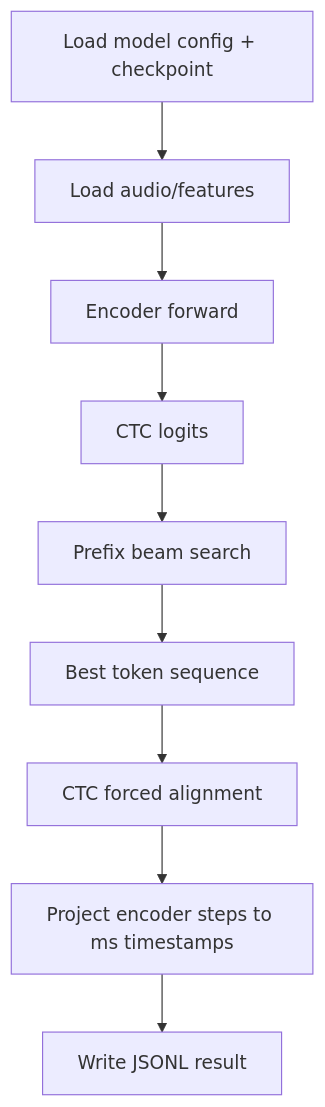
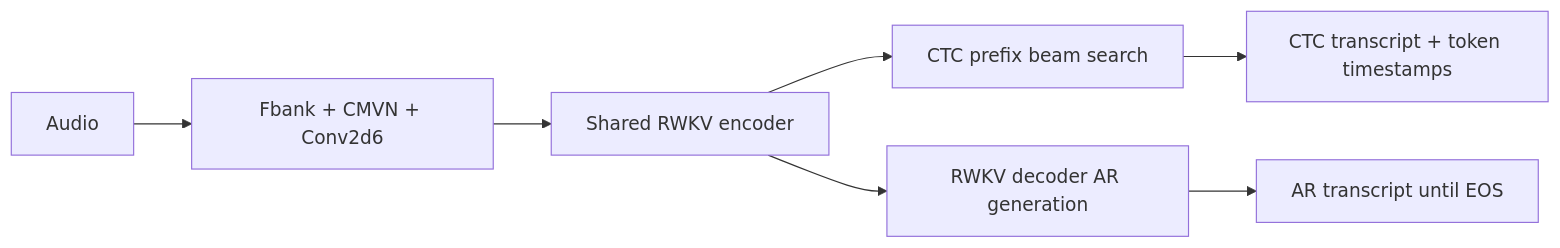
One commit to yynil/rwkvasr_longform_asr changed the third of 3 diagrams in README.md. Above: the diagram before and after it, drawn with Mermaid. The commit also changed other lines of this file and 43 other files, not shown here.

Commit message:
Add joint RWKV decoder training pipeline

````diff
--- a/README.md
+++ b/README.md
@@ -146,11 +87,9 @@
 ```mermaid
-flowchart TD
-    A[Load model config + checkpoint] --> B[Load audio/features]
-    B --> C[Encoder forward]
-    C --> D[CTC logits]
-    D --> E[Prefix beam search]
-    E --> F[Best token sequence]
-    F --> G[CTC forced alignment]
-    G --> H[Project encoder steps to ms timestamps]
-    H --> I[Write JSONL result]
+flowchart LR
+    A[Audio] --> B[Fbank + CMVN + Conv2d6]
+    B --> C[Shared RWKV encoder]
+    C --> D[CTC prefix beam search]
+    C --> E[RWKV decoder AR generation]
+    D --> F[CTC transcript + token timestamps]
+    E --> G[AR transcript until EOS]
 ```
````
